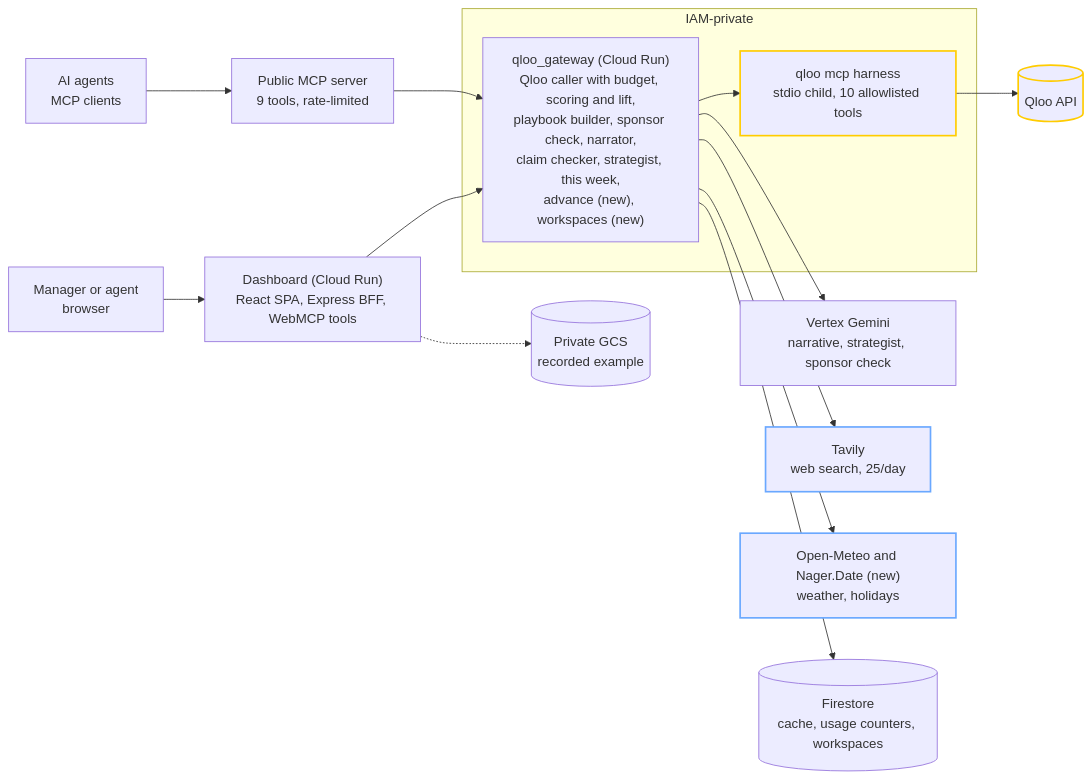
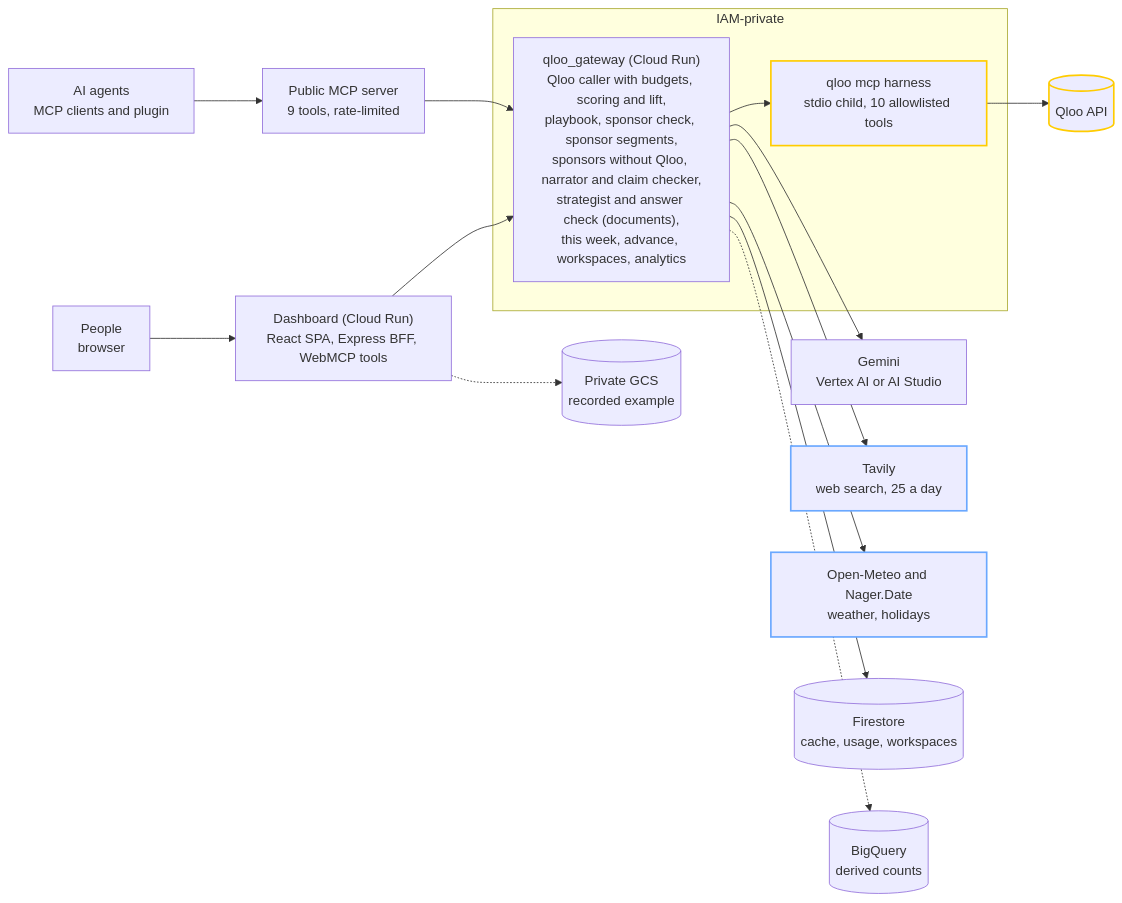
One commit to prats-2311/tour-intelligence-qloo changed the first of 2 diagrams in README.md. Above: the diagram before and after it, drawn with Mermaid. The commit also changed other lines of this file, not shown here.

First line of the commit message:
docs(readme): full refresh (2-minute path, features by Plan/Prove/Team/Agents, scoreboard, agents, analytics, privacy, tests, ADR links)

````diff
--- a/README.md
+++ b/README.md
@@ -127,21 +171,22 @@
 ```mermaid
 flowchart LR
-  U[Manager or agent<br/>browser] --> D
-  A[AI agents<br/>MCP clients] --> P
+  U[People<br/>browser] --> D
+  A[AI agents<br/>MCP clients and plugin] --> P
   D["Dashboard (Cloud Run)<br/>React SPA, Express BFF, WebMCP tools"] --> G
   D -.-> S[(Private GCS<br/>recorded example)]
   P["Public MCP server<br/>9 tools, rate-limited"] --> G
   subgraph PRIV["IAM-private"]
-    G["qloo_gateway (Cloud Run)<br/>Qloo caller with budget, scoring and lift,<br/>playbook builder, sponsor check, narrator,<br/>claim checker, strategist, this week,<br/>advance (new), workspaces (new)"]
+    G["qloo_gateway (Cloud Run)<br/>Qloo caller with budgets, scoring and lift,<br/>playbook, sponsor check, sponsor segments,<br/>sponsors without Qloo, narrator and claim checker,<br/>strategist and answer check (documents),<br/>this week, advance, workspaces, analytics"]
     H["qloo mcp harness<br/>stdio child, 10 allowlisted tools"]
   end
   G --> H --> Q[(Qloo API)]
-  G --> V[Vertex Gemini<br/>narrative, strategist, sponsor check]
-  G --> T[Tavily<br/>web search, 25/day]
-  G --> W["Open-Meteo and Nager.Date (new)<br/>weather, holidays"]
-  G --> F[(Firestore<br/>cache, usage counters, workspaces)]
+  G --> V[Gemini<br/>Vertex AI or AI Studio]
+  G --> T[Tavily<br/>web search, 25 a day]
+  G --> W["Open-Meteo and Nager.Date<br/>weather, holidays"]
+  G --> F[(Firestore<br/>cache, usage, workspaces)]
+  G -.-> B[(BigQuery<br/>derived counts)]
   classDef qloo stroke:#ffcc00,stroke-width:2px;
   classDef web stroke:#6aa8ff,stroke-width:2px;
   class H,Q qloo;
   class T,W web;
 ```
````
